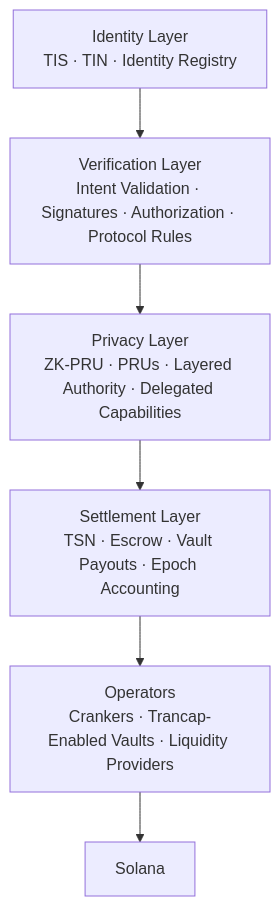
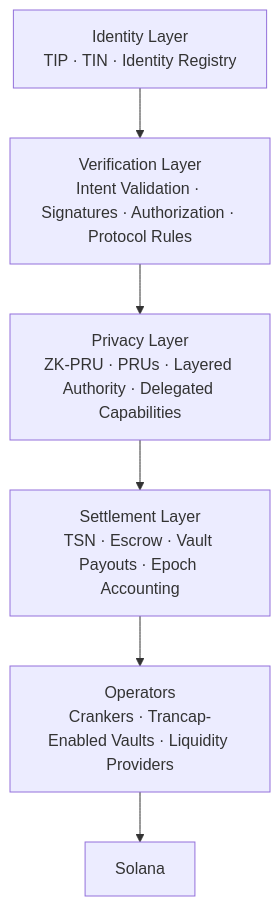
One commit to Trustlink-Labs/TSN-Protocol changed the second of 8 diagrams in README.md. Above: the diagram before and after it, drawn with Mermaid. The commit also changed other lines of this file and 7 other files, not shown here.

````diff
--- a/README.md
+++ b/README.md
@@ -40,8 +40,8 @@
 ```mermaid
 flowchart TD
-    I[Identity Layer<br/>TIS · TIN · Identity Registry] --> V[Verification Layer<br/>Intent Validation · Signatures · Authorization · Protocol Rules]
+    I[Identity Layer<br/>TIP · TIN · Identity Registry] --> V[Verification Layer<br/>Intent Validation · Signatures · Authorization · Protocol Rules]
     V --> P[Privacy Layer<br/>ZK-PRU · PRUs · Layered Authority · Delegated Capabilities]
     P --> S[Settlement Layer<br/>TSN · Escrow · Vault Payouts · Epoch Accounting]
     S --> O[Operators<br/>Crankers · Trancap-Enabled Vaults · Liquidity Providers]
     O --> SOL[Solana]
 ```
````
